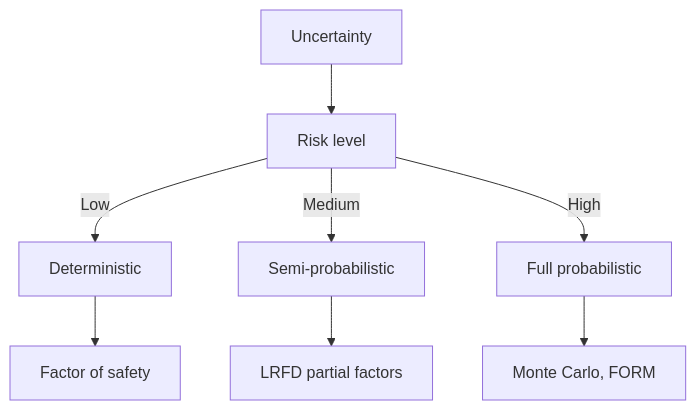
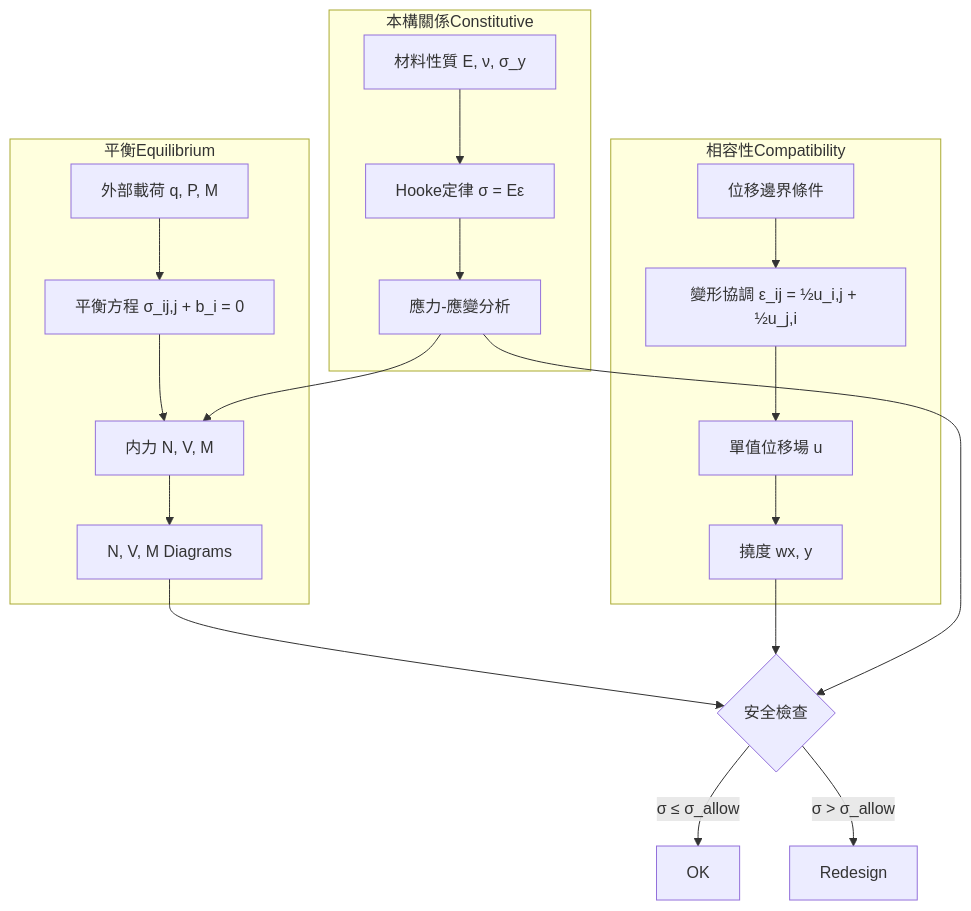
Before and after one commit to yip-lgtm/civil-bootcamp: the sixth of 10 diagrams in MIT_CEE_Core/Track_2_Mechanics_Materials/Structural_Design/01_1.050_Solid_Mechanics.md, drawn with Mermaid. The commit also changed other lines of this file and 21 other files, not shown here.

````diff
--- a/MIT_CEE_Core/Track_2_Mechanics_Materials/Structural_Design/01_1.050_Solid_Mechanics.md
+++ b/MIT_CEE_Core/Track_2_Mechanics_Materials/Structural_Design/01_1.050_Solid_Mechanics.md
@@ -307,10 +590,23 @@
 ```mermaid
 graph TD
-    A[Uncertainty] --> B[Risk level]
-    B -->|Low| C[Deterministic]
-    B -->|Medium| D[Semi-probabilistic]
-    B -->|High| E[Full probabilistic]
-    C --> F[Factor of safety]
-    D --> G[LRFD partial factors]
-    E --> H[Monte Carlo, FORM]
+    subgraph 平衡Equilibrium
+    A1[外部載荷 q, P, M] --> A2[平衡方程 σ_ij,j + b_i = 0]
+    A2 --> A3[内力 N, V, M]
+    A3 --> A4[N, V, M Diagrams]
+    end
+    subgraph 相容性Compatibility
+    B1[位移邊界條件] --> B2[變形協調 ε_ij = ½u_i,j + ½u_j,i]
+    B2 --> B3[單值位移場 u]
+    B3 --> B4[撓度 wx, y]
+    end
+    subgraph 本構關係Constitutive
+    C1[材料性質 E, ν, σ_y] --> C2[Hooke定律 σ = Eε]
+    C2 --> C3[應力-應變分析]
+    C3 --> A3
+    end
+    A4 --> D{安全檢查}
+    B4 --> D
+    C3 --> D
+    D -->|σ ≤ σ_allow| E[OK]
+    D -->|σ > σ_allow| F[Redesign]
 ```
````
